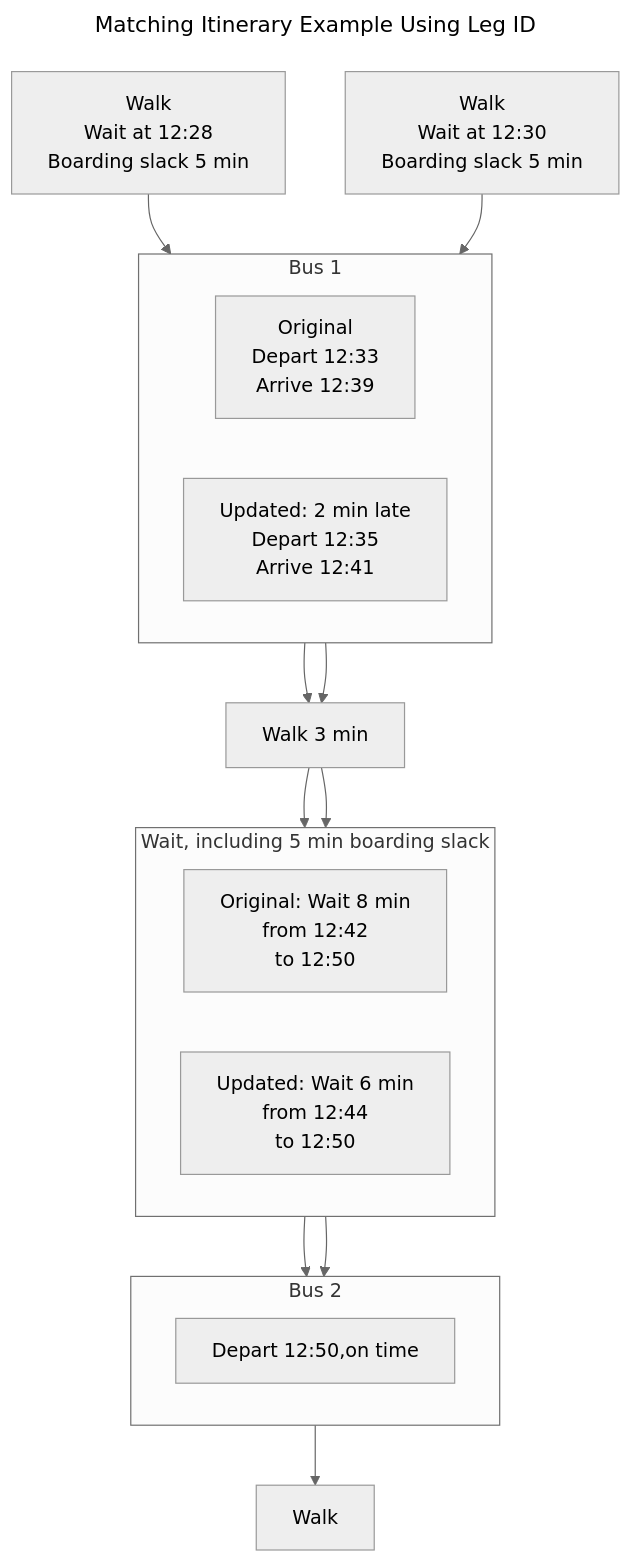
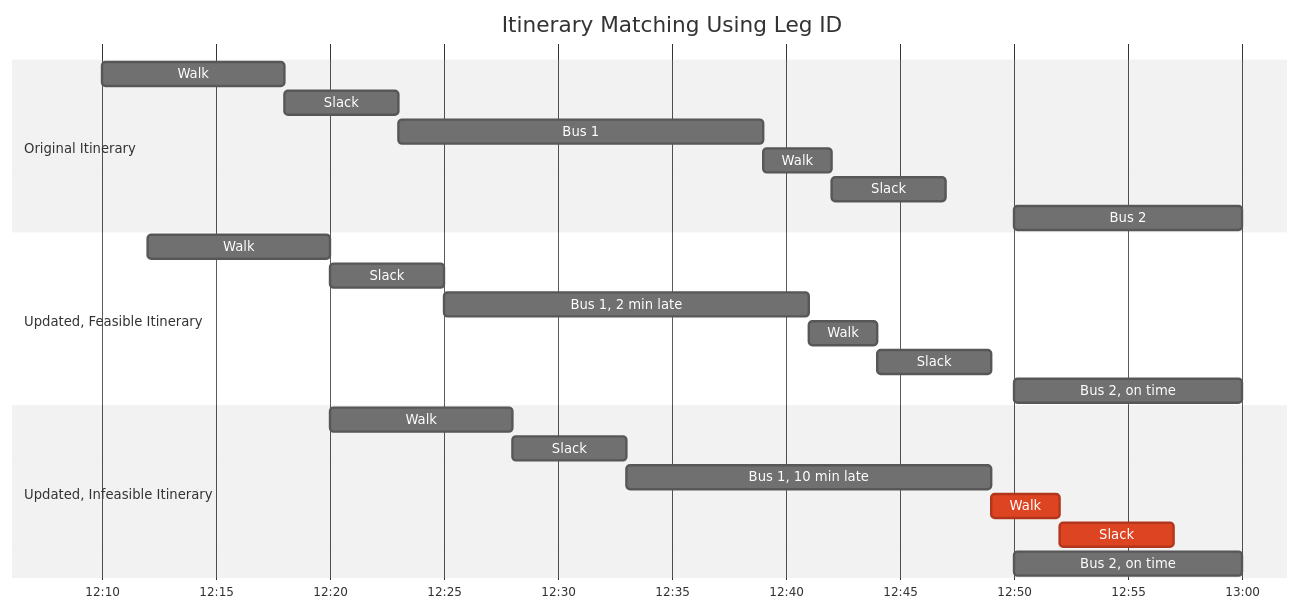
Before and after one commit to ibi-group/otp-middleware: the second of 2 diagrams in docs/trip-monitoring.md, drawn with Mermaid (neutral theme). The commit also changed other lines of this file, not shown here.

Commit message:
docs(trip-monitoring): Improve leg id matching diagrams.

````diff
--- a/docs/trip-monitoring.md
+++ b/docs/trip-monitoring.md
@@ -106,23 +111,27 @@
 ```mermaid
----
-title: Matching Itinerary Example Using Leg ID
----
-flowchart TB
-    subgraph subBus1[Bus 1]
-        direction LR
-        BusA1[Original<br>Depart 12:33<br>Arrive 12:39]
-        BusB1[Updated: 2 min late<br>Depart 12:35<br>Arrive 12:41]
-    end
-    subgraph wait[Wait, including 5 min boarding slack]
-        direction LR
-        waitA[Original: Wait 8 min<br>from 12:42<br>to 12:50]
-        waitB[Updated: Wait 6 min<br>from 12:44<br>to 12:50]
-    end
-    subgraph subBus2[Bus 2]
-        direction LR
-        BusA2[Depart 12:50,on time]
-    end
-    Xfer[Walk 3 min]
-    Walk1A[Walk<br>Wait at 12:28<br>Boarding slack 5 min<br>] --> BusA1 --> Xfer --> waitA --> subBus2 --> Walk2[Walk]
-    Walk1B[Walk<br>Wait at 12:30<br>Boarding slack 5 min<br>] --> BusB1 --> Xfer --> waitB --> subBus2
+gantt
+    title Itinerary Matching Using Leg ID
+    dateFormat HH:mm
+    axisFormat %H:%M
+    section Original Itinerary
+        Walk : 12:10, 12:18
+        Slack : 5m
+        Bus 1: 12:23, 12:39
+        Walk : 3m
+        Slack : 5m
+        Bus 2: 12:50, 13:00
+    section Updated, Feasible Itinerary
+        Walk : 12:12, 12:20
+        Slack : 5m
+        Bus 1, 2 min late: 12:25, 12:41
+        Walk : 3m
+        Slack: 5m
+        Bus 2, on time: 12:50, 13:00
+    section Updated, Infeasible Itinerary
+        Walk : 12:20, 12:28
+        Slack : 5m
+        Bus 1, 10 min late: 12:33, 12:49
+        Walk : crit, 3m
+        Slack: crit, 5m
+        Bus 2, on time: 12:50, 13:00
 ```
````
